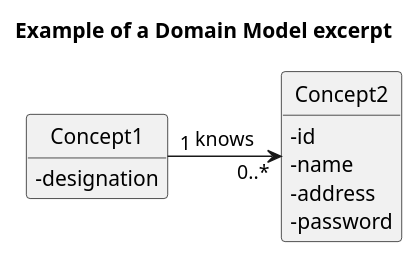
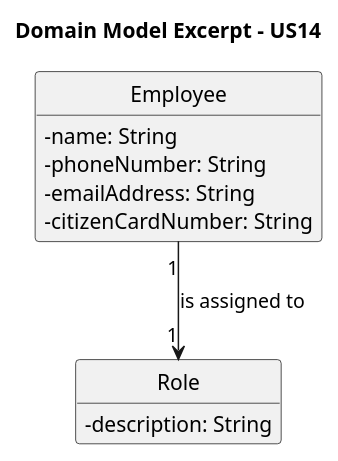
The diagram in docs/system-documentation/US14/puml/US14-DM.puml (goncalomaia18/leti-esoft-25-26-C3), drawn with PlantUML before and after one commit. The commit also changed 5 other files, not shown here.

```diff
--- a/docs/system-documentation/US14/puml/US14-DM.puml
+++ b/docs/system-documentation/US14/puml/US14-DM.puml
@@ -1,22 +1,26 @@
 @startuml
 'https://plantuml.com/class-diagram
 hide circle
 skinparam classAttributeIconSize 0
 hide methods
 
-title Example of a Domain Model excerpt
+title Domain Model Excerpt - US14
 
-class Concept1 {
-    -designation
+class Employee {
+    ' AC14-2: Atributos obrigatórios
+    -name: String
+    -phoneNumber: String
+    -emailAddress: String
+    ' AC14-3: Formato PT
+    -citizenCardNumber: String
 }
 
-class Concept2 {
-    -id
-    -name
-    -address
-    -password
+class Role {
+    ' AC14-1: Função/role
+    -description: String
 }
 
-Concept1 "1" -> "0..*" Concept2: knows
+' AC14-1: Cada empregado tem uma única função
+Employee "1" --> "1" Role : "is assigned to"
 
 @enduml
```
